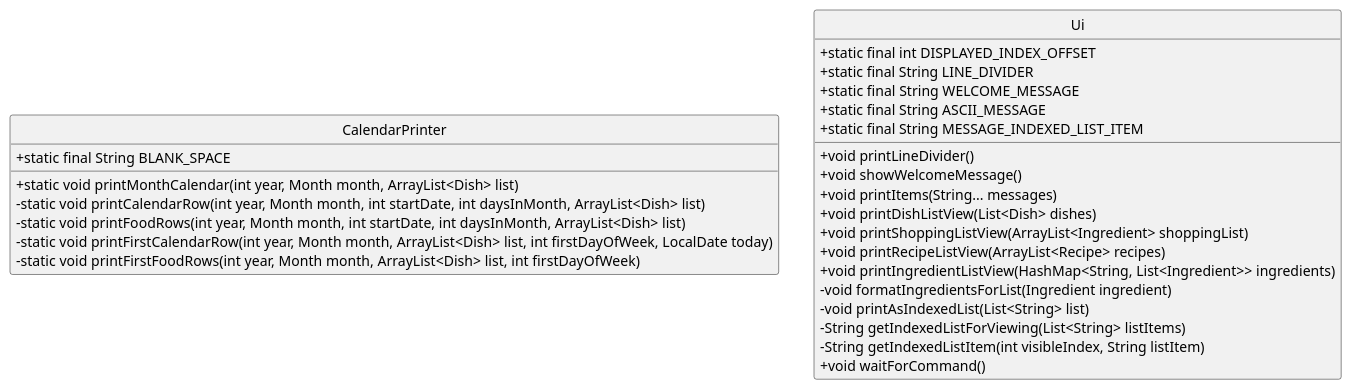
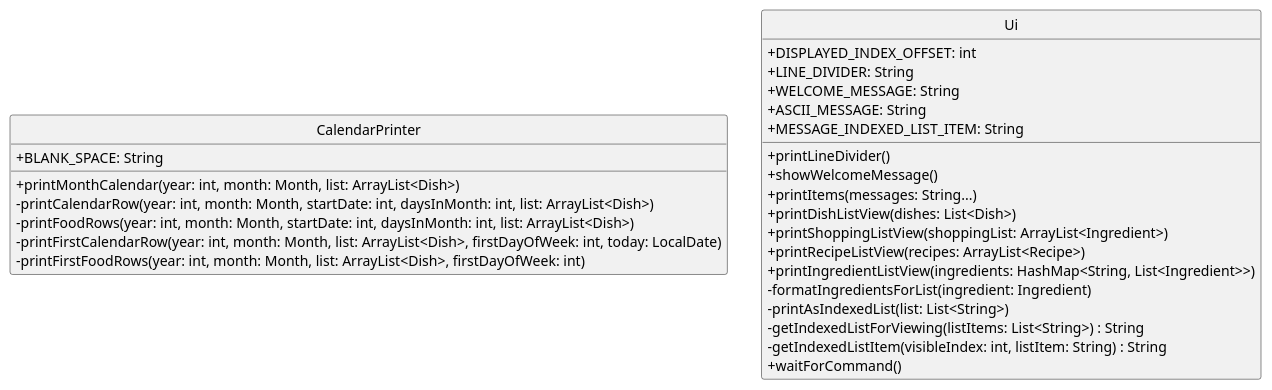
One commit to whalesyong/tp changed the diagram in src/main/java/seedu/cookingaids/diagrams/UIandCalendar.puml. Above: the diagram before and after it, drawn with PlantUML. The commit also changed 15 other files, not shown here.

Commit message:
Updated DG diagrams and PPP

```diff
--- a/src/main/java/seedu/cookingaids/diagrams/UIandCalendar.puml
+++ b/src/main/java/seedu/cookingaids/diagrams/UIandCalendar.puml
@@ -1,35 +1,35 @@
 @startuml
 
 hide circle
 skinparam classAttributeIconSize 0
 
 class CalendarPrinter {
-    + static final String BLANK_SPACE
-    + static void printMonthCalendar(int year, Month month, ArrayList<Dish> list)
-    - static void printCalendarRow(int year, Month month, int startDate, int daysInMonth, ArrayList<Dish> list)
-    - static void printFoodRows(int year, Month month, int startDate, int daysInMonth, ArrayList<Dish> list)
-    - static void printFirstCalendarRow(int year, Month month, ArrayList<Dish> list, int firstDayOfWeek, LocalDate today)
-    - static void printFirstFoodRows(int year, Month month, ArrayList<Dish> list, int firstDayOfWeek)
+    + BLANK_SPACE: String
+    + printMonthCalendar(year: int, month: Month, list: ArrayList<Dish>)
+    - printCalendarRow(year: int, month: Month, startDate: int, daysInMonth: int, list: ArrayList<Dish>)
+    - printFoodRows(year: int, month: Month, startDate: int, daysInMonth: int, list: ArrayList<Dish>)
+    - printFirstCalendarRow(year: int, month: Month, list: ArrayList<Dish>, firstDayOfWeek: int, today: LocalDate)
+    - printFirstFoodRows(year: int, month: Month, list: ArrayList<Dish>, firstDayOfWeek: int)
 }
 
 
 class Ui {
-    + static final int DISPLAYED_INDEX_OFFSET
-    + static final String LINE_DIVIDER
-    + static final String WELCOME_MESSAGE
-    + static final String ASCII_MESSAGE
-    + static final String MESSAGE_INDEXED_LIST_ITEM
-    + void printLineDivider()
-    + void showWelcomeMessage()
-    + void printItems(String... messages)
-    + void printDishListView(List<Dish> dishes)
-    + void printShoppingListView(ArrayList<Ingredient> shoppingList)
-    + void printRecipeListView(ArrayList<Recipe> recipes)
-    + void printIngredientListView(HashMap<String, List<Ingredient>> ingredients)
-    - void formatIngredientsForList(Ingredient ingredient)
-    - void printAsIndexedList(List<String> list)
-    - String getIndexedListForViewing(List<String> listItems)
-    - String getIndexedListItem(int visibleIndex, String listItem)
-    + void waitForCommand()
+    + DISPLAYED_INDEX_OFFSET: int
+    + LINE_DIVIDER: String
+    + WELCOME_MESSAGE: String
+    + ASCII_MESSAGE: String
+    + MESSAGE_INDEXED_LIST_ITEM: String
+    + printLineDivider()
+    + showWelcomeMessage()
+    + printItems(messages: String...)
+    + printDishListView(dishes: List<Dish>)
+    + printShoppingListView(shoppingList: ArrayList<Ingredient>)
+    + printRecipeListView(recipes: ArrayList<Recipe>)
+    + printIngredientListView(ingredients: HashMap<String, List<Ingredient>>)
+    - formatIngredientsForList(ingredient: Ingredient)
+    - printAsIndexedList(list: List<String>)
+    - getIndexedListForViewing(listItems: List<String>) : String
+    - getIndexedListItem(visibleIndex: int, listItem: String) : String
+    + waitForCommand()
 }
 @enduml
```
